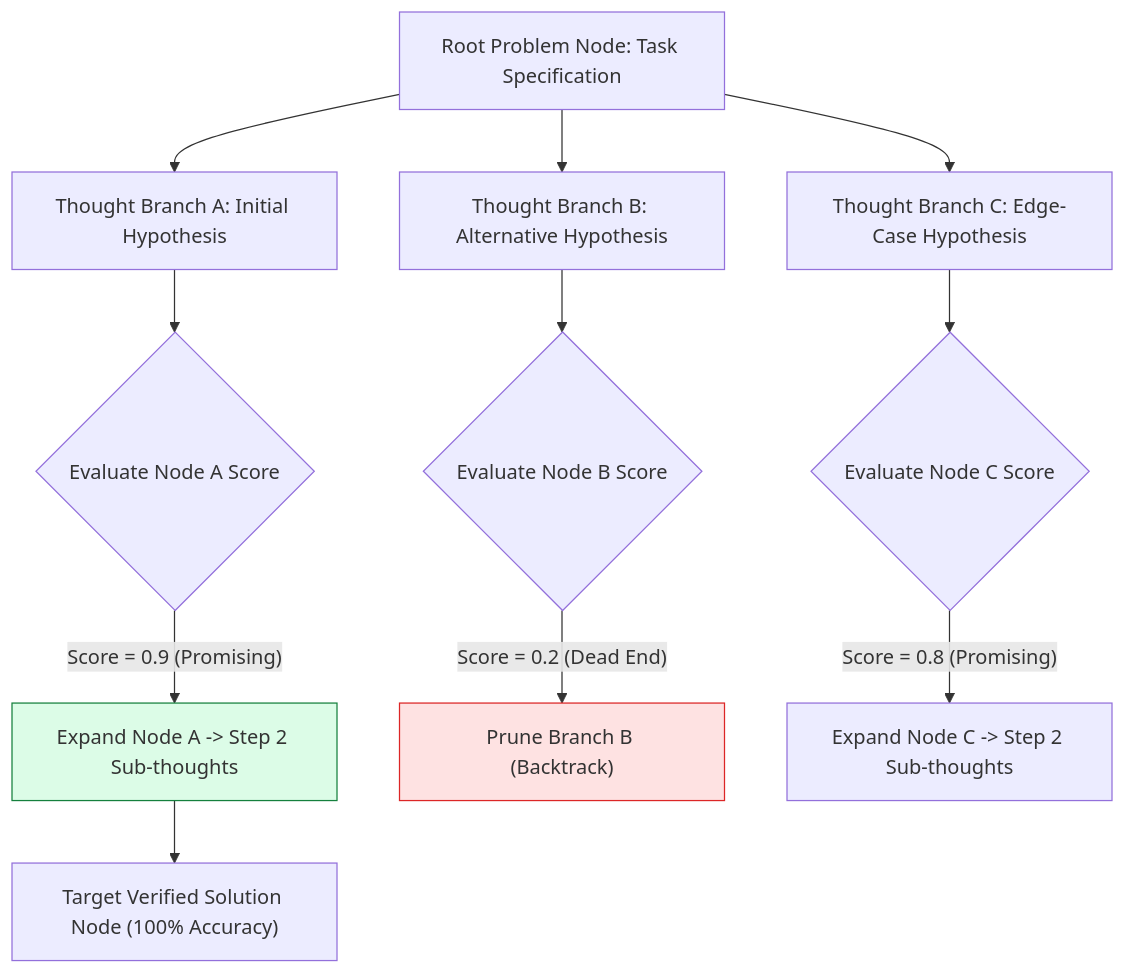
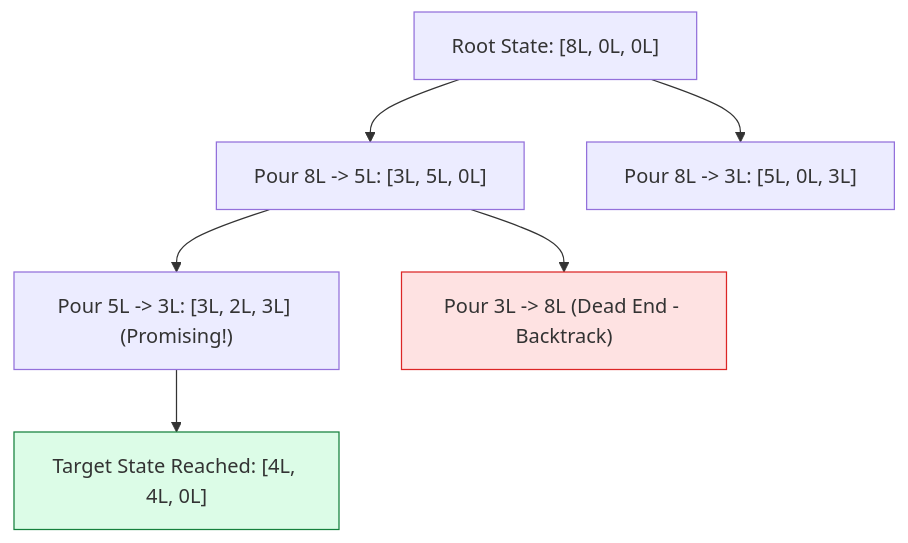
Before and after one commit to Amie-dev/engineering-playbook: the second of 2 diagrams in agentic-ai-notes/00-foundations/04-prompt-engineering-advanced.md, drawn with Mermaid. The commit also changed other lines of this file and 27 other files, not shown here.

````diff
--- a/agentic-ai-notes/00-foundations/04-prompt-engineering-advanced.md
+++ b/agentic-ai-notes/00-foundations/04-prompt-engineering-advanced.md
@@ -36,19 +124,13 @@
 ```mermaid
 flowchart TD
-    Root[Root Problem Node: Task Specification] --> T1["Thought Branch A: Initial Hypothesis"]
-    Root --> T2["Thought Branch B: Alternative Hypothesis"]
-    Root --> T3["Thought Branch C: Edge-Case Hypothesis"]
-
-    T1 --> Eval1{Evaluate Node A Score}
-    T2 --> Eval2{Evaluate Node B Score}
-    T3 --> Eval3{Evaluate Node C Score}
-
-    Eval1 -- "Score = 0.9 (Promising)" --> A1["Expand Node A -> Step 2 Sub-thoughts"]
-    Eval2 -- "Score = 0.2 (Dead End)" --> Prune2["Prune Branch B (Backtrack)"]
-    Eval3 -- "Score = 0.8 (Promising)" --> C1["Expand Node C -> Step 2 Sub-thoughts"]
-
-    A1 --> FinalSolution["Target Verified Solution Node (100% Accuracy)"]
-
-    style A1 fill:#dcfce7,stroke:#15803d
-    style Prune2 fill:#fee2e2,stroke:#dc2626
+    Root["Root State: [8L, 0L, 0L]"] --> Move1A["Pour 8L -> 5L: [3L, 5L, 0L]"]
+    Root --> Move1B["Pour 8L -> 3L: [5L, 0L, 3L]"]
+    
+    Move1A --> Move2A["Pour 5L -> 3L: [3L, 2L, 3L] (Promising!)"]
+    Move1A --> Move2B["Pour 3L -> 8L (Dead End - Backtrack)"]
+    
+    Move2A --> TargetState["Target State Reached: [4L, 4L, 0L]"]
+    
+    style TargetState fill:#dcfce7,stroke:#15803d
+    style Move2B fill:#fee2e2,stroke:#dc2626
 ```
````
